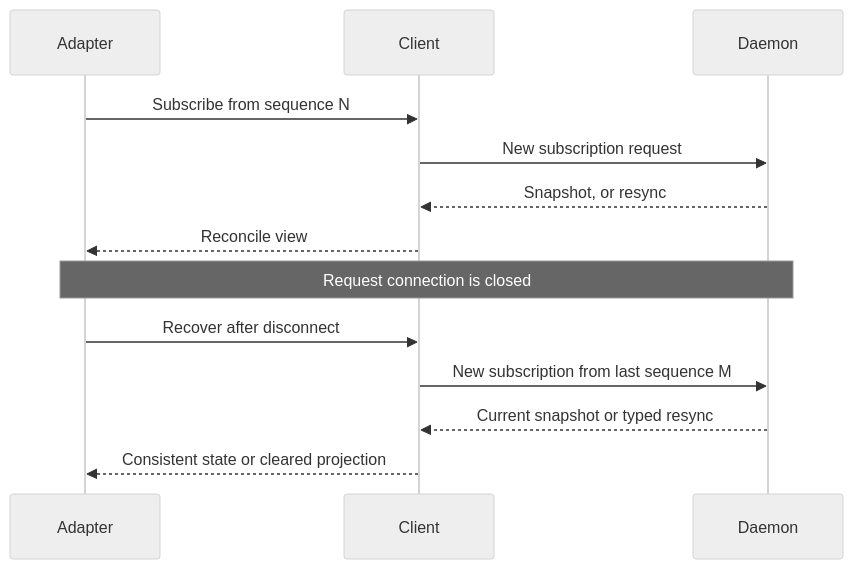
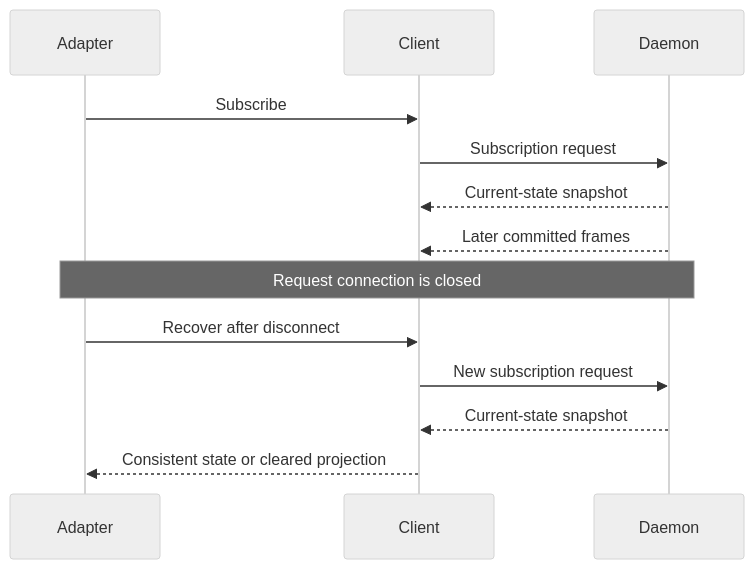
Before and after one commit to y0tsy/intention-relay: the second of 2 diagrams in docs/intention-relay/architecture/03-daemon-transport-and-adapters.md, drawn with Mermaid (neutral theme). The commit also changed other lines of this file and 288 other files, not shown here.

````diff
--- a/docs/intention-relay/architecture/03-daemon-transport-and-adapters.md
+++ b/docs/intention-relay/architecture/03-daemon-transport-and-adapters.md
@@ -215,16 +199,16 @@
 ```mermaid
 sequenceDiagram
   participant AD as Adapter
   participant CL as Client
   participant DM as Daemon
 
-  AD->>CL: Subscribe from sequence N
-  CL->>DM: New subscription request
-  DM-->>CL: Snapshot, or resync
-  CL-->>AD: Reconcile view
+  AD->>CL: Subscribe
+  CL->>DM: Subscription request
+  DM-->>CL: Current-state snapshot
+  DM-->>CL: Later committed frames
   Note over AD,DM: Request connection is closed
   AD->>CL: Recover after disconnect
-  CL->>DM: New subscription from last sequence M
-  DM-->>CL: Current snapshot or typed resync
+  CL->>DM: New subscription request
+  DM-->>CL: Current-state snapshot
   CL-->>AD: Consistent state or cleared projection
 ```
````
